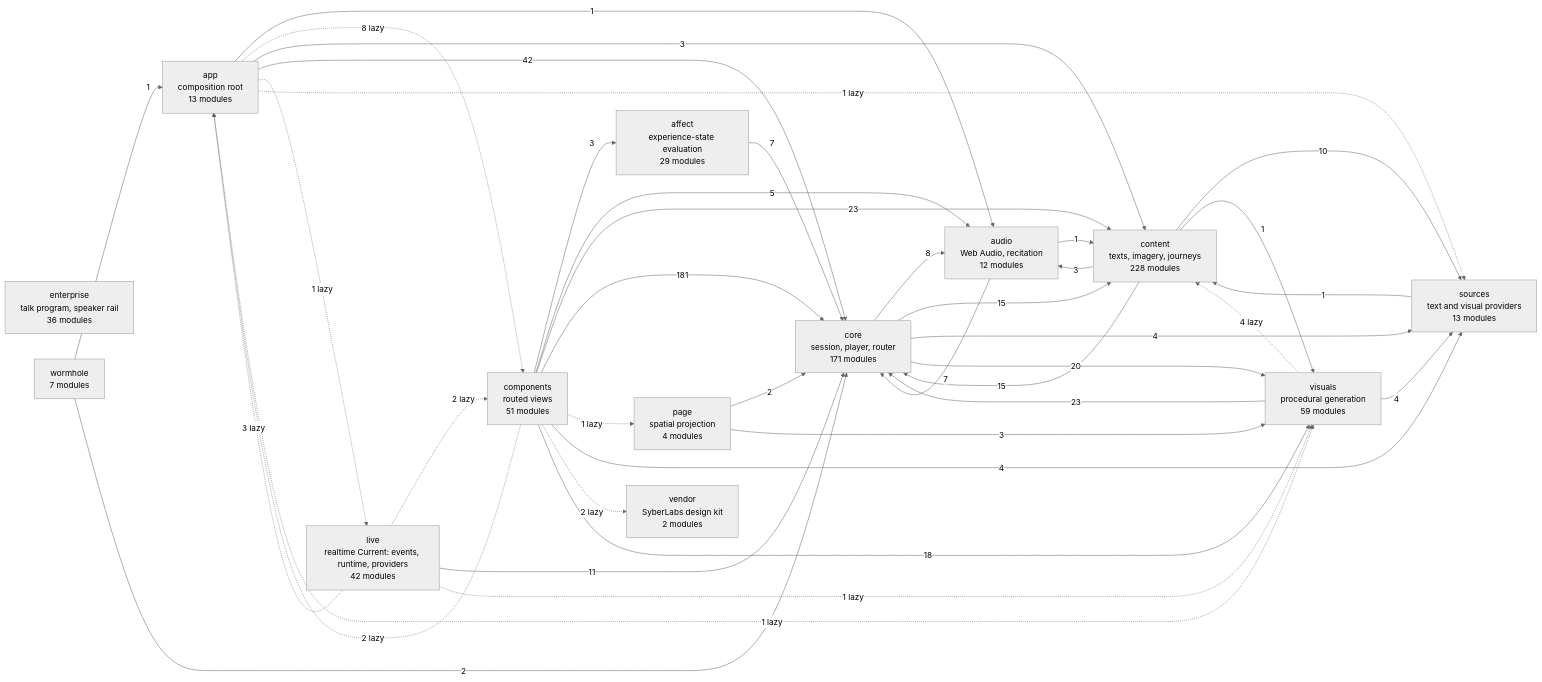
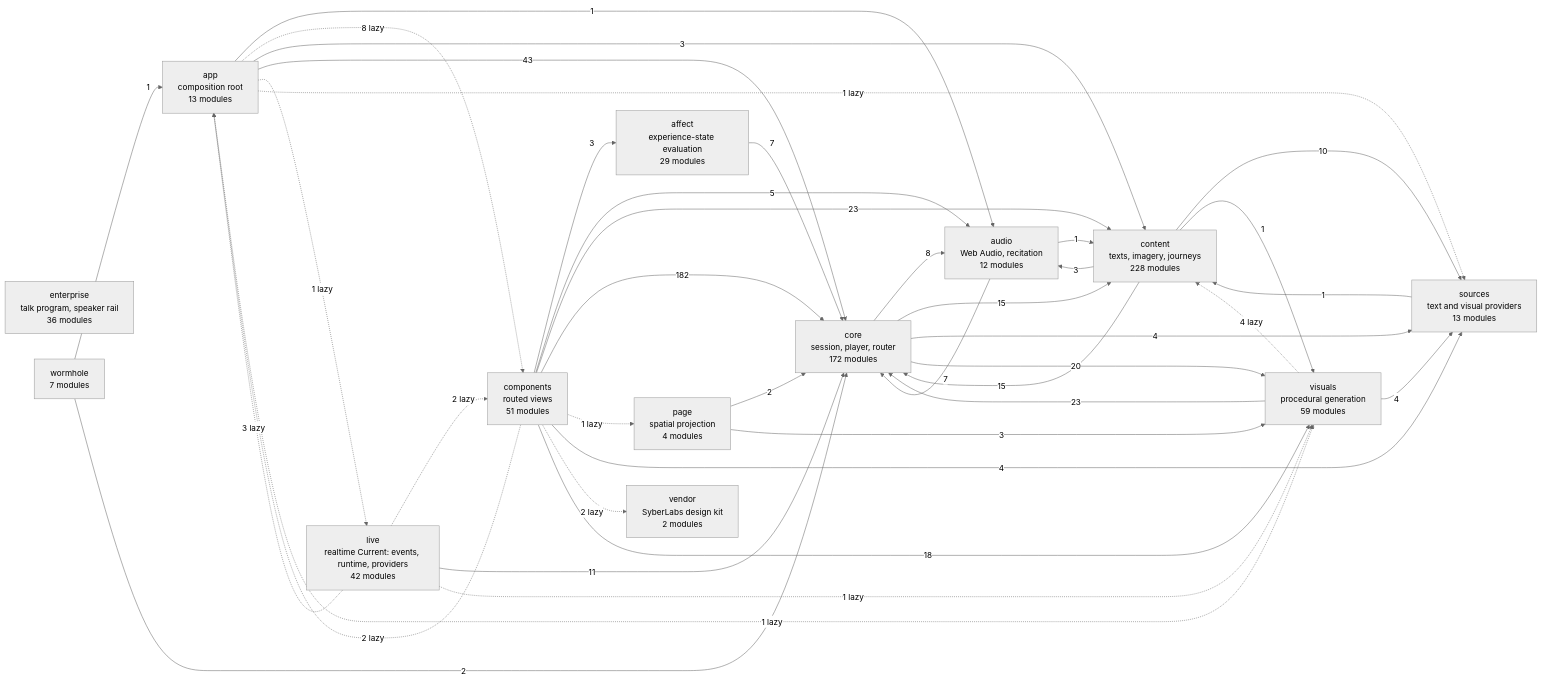
The diagram in docs/specs/ARCHITECTURE.md (SyberLabs/RISE), drawn with Mermaid (neutral theme) before and after one commit.

Commit message:
RDR-015: regenerate the architecture diagram for begin-steps.js

````diff
--- a/docs/specs/ARCHITECTURE.md
+++ b/docs/specs/ARCHITECTURE.md
@@ -154,56 +154,56 @@
 ```mermaid
 flowchart LR
     affect["affect<br/>experience-state evaluation<br/>29 modules"]
     app["app<br/>composition root<br/>13 modules"]
     audio["audio<br/>Web Audio, recitation<br/>12 modules"]
     components["components<br/>routed views<br/>51 modules"]
     content["content<br/>texts, imagery, journeys<br/>228 modules"]
-    core["core<br/>session, player, router<br/>171 modules"]
+    core["core<br/>session, player, router<br/>172 modules"]
     enterprise["enterprise<br/>talk program, speaker rail<br/>36 modules"]
     live["live<br/>realtime Current: events, runtime, providers<br/>42 modules"]
     page["page<br/>spatial projection<br/>4 modules"]
     sources["sources<br/>text and visual providers<br/>13 modules"]
     vendor["vendor<br/>SyberLabs design kit<br/>2 modules"]
     visuals["visuals<br/>procedural generation<br/>59 modules"]
     wormhole["wormhole<br/>7 modules"]
 
     affect --> |7| core
     app --> |1| audio
     app -.-> |8 lazy| components
     app --> |3| content
-    app --> |42| core
+    app --> |43| core
     app -.-> |1 lazy| live
     app -.-> |1 lazy| sources
     app -.-> |1 lazy| visuals
     audio --> |1| content
     audio --> |7| core
     components --> |3| affect
     components -.-> |2 lazy| app
     components --> |5| audio
     components --> |23| content
-    components --> |181| core
+    components --> |182| core
     components -.-> |1 lazy| page
     components --> |4| sources
     components -.-> |2 lazy| vendor
     components --> |18| visuals
     content --> |3| audio
     content --> |15| core
     content --> |10| sources
     content --> |1| visuals
     core --> |8| audio
     core --> |15| content
     core --> |4| sources
     core --> |20| visuals
     live -.-> |3 lazy| app
     live -.-> |2 lazy| components
     live --> |11| core
     live -.-> |1 lazy| visuals
     page --> |2| core
     page --> |3| visuals
     sources --> |1| content
     visuals -.-> |4 lazy| content
     visuals --> |23| core
     visuals --> |4| sources
     wormhole --> |1| app
     wormhole --> |2| core
 ```
````
